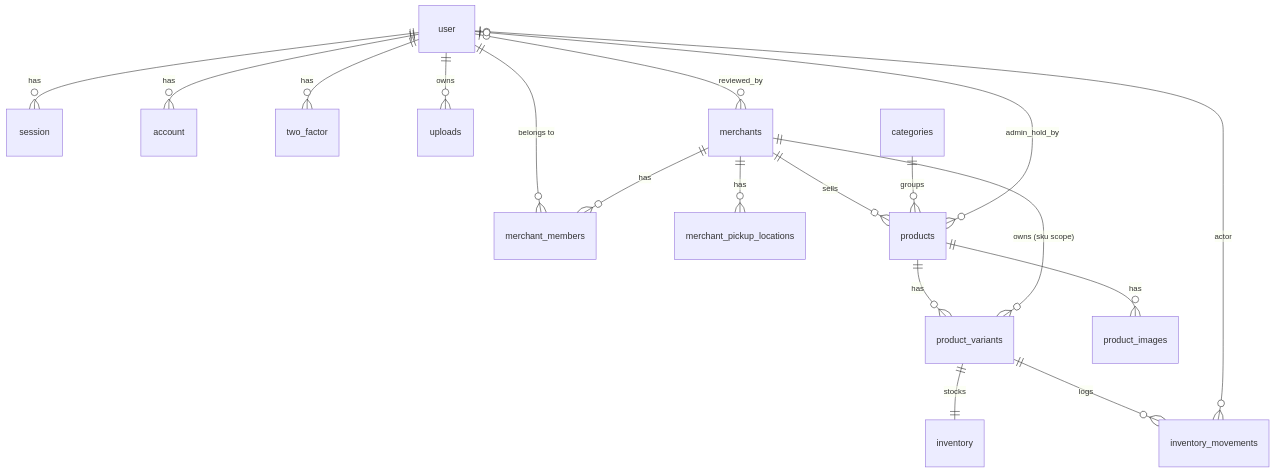
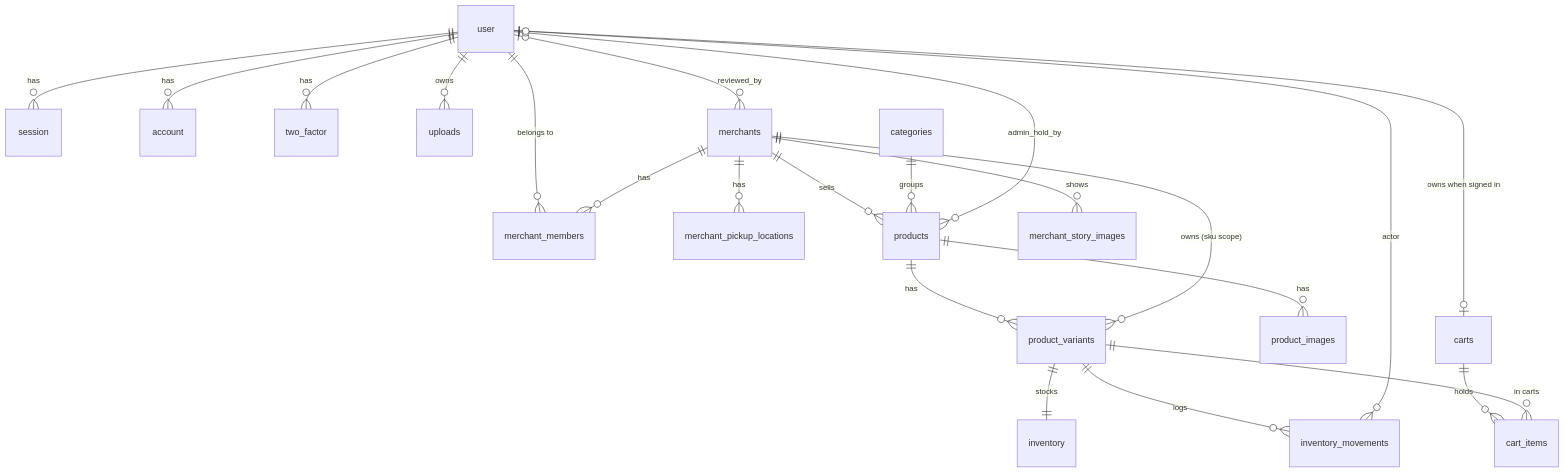
The diagram in docs/database-design.md (harshrraj4937/mvmp), drawn with Mermaid before and after one commit. The commit also changed other lines of this file and 7 other files, not shown here.

````diff
--- a/docs/database-design.md
+++ b/docs/database-design.md
@@ -29,20 +30,24 @@
 ```mermaid
 erDiagram
     user ||--o{ session : has
     user ||--o{ account : has
     user ||--o{ two_factor : has
     user ||--o{ uploads : owns
     user ||--o{ merchant_members : "belongs to"
     merchants ||--o{ merchant_members : has
     merchants ||--o{ merchant_pickup_locations : has
     user |o--o{ merchants : "reviewed_by"
     merchants ||--o{ products : sells
     categories ||--o{ products : groups
     products ||--o{ product_variants : has
     merchants ||--o{ product_variants : "owns (sku scope)"
     products ||--o{ product_images : has
     product_variants ||--|| inventory : stocks
     product_variants ||--o{ inventory_movements : logs
     user |o--o{ inventory_movements : "actor"
     user |o--o{ products : "admin_hold_by"
+    user |o--o| carts : "owns when signed in"
+    carts ||--o{ cart_items : holds
+    product_variants ||--o{ cart_items : "in carts"
+    merchants ||--o{ merchant_story_images : shows
 ```
````
